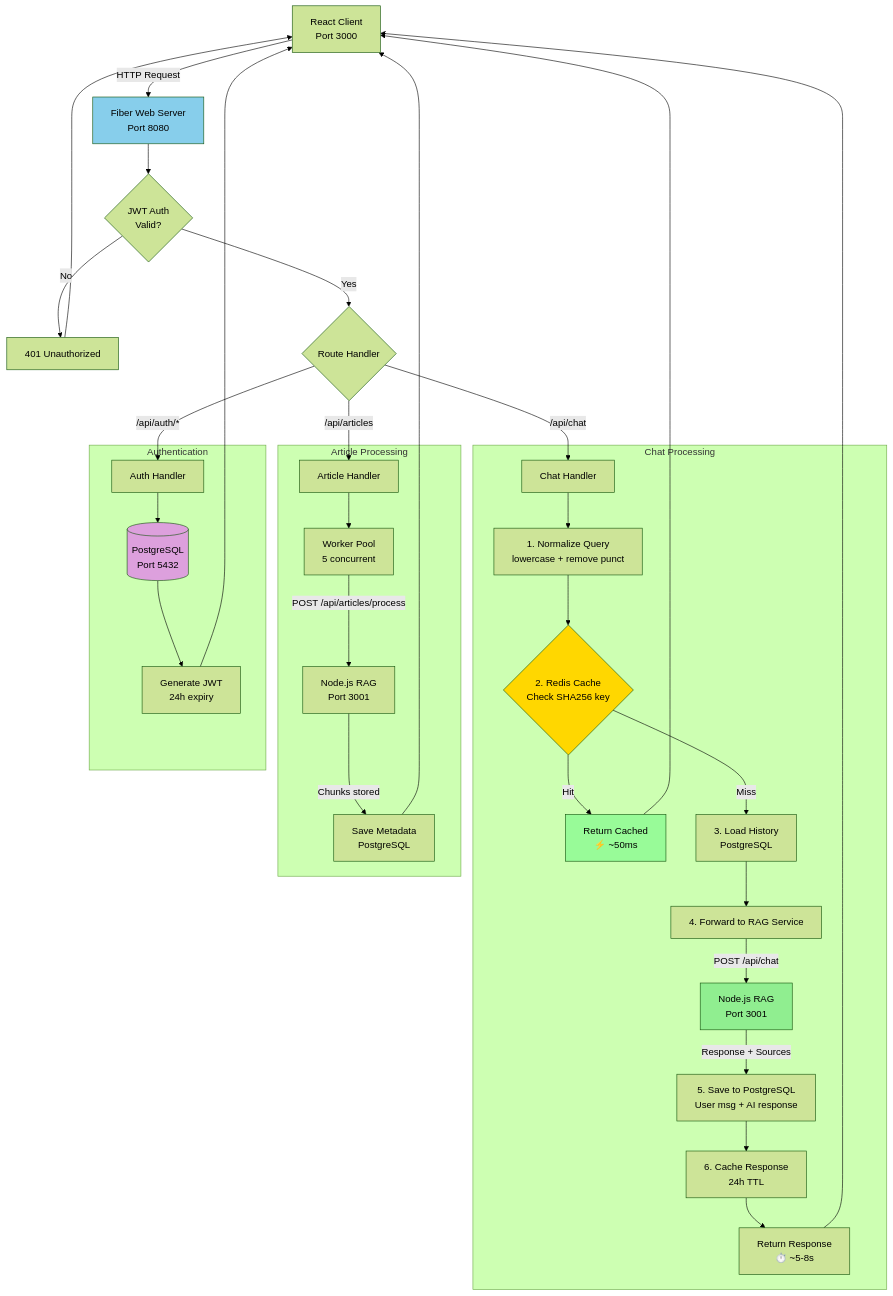
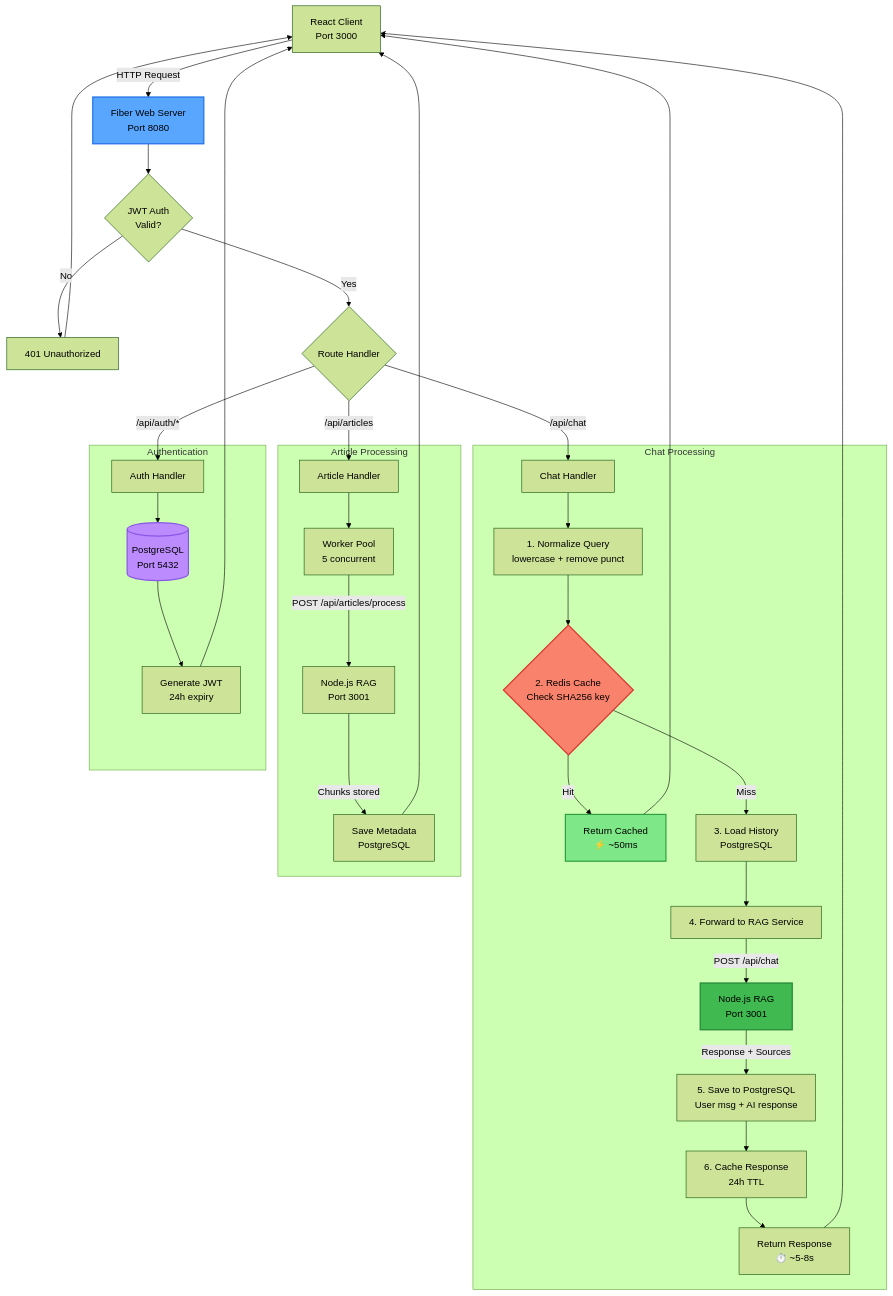
One commit to Danor93/Clarticle changed the diagram in server/README.md. Above: the diagram before and after it, drawn with Mermaid (forest theme). The commit also changed 3 other files, not shown here.

Commit message:
style: Update flowchart colors in README and fix bug related to claude api

````diff
--- a/server/README.md
+++ b/server/README.md
@@ -16,47 +16,47 @@
 ```mermaid
 flowchart TB
     CLIENT[React Client<br/>Port 3000] --> |HTTP Request| FIBER[Fiber Web Server<br/>Port 8080]
 
     FIBER --> AUTH{JWT Auth<br/>Valid?}
     AUTH -->|No| ERR401[401 Unauthorized]
     AUTH -->|Yes| HANDLER{Route Handler}
 
     HANDLER -->|/api/chat| CHAT[Chat Handler]
     HANDLER -->|/api/articles| ARTICLE[Article Handler]
     HANDLER -->|/api/auth/*| AUTH_H[Auth Handler]
 
     subgraph "Chat Processing"
         CHAT --> NORM[1. Normalize Query<br/>lowercase + remove punct]
         NORM --> CACHE_CHECK{2. Redis Cache<br/>Check SHA256 key}
         CACHE_CHECK -->|Hit| RETURN_CACHE[Return Cached<br/>⚡ ~50ms]
         CACHE_CHECK -->|Miss| DB_LOAD[3. Load History<br/>PostgreSQL]
         DB_LOAD --> RAG_CALL[4. Forward to RAG Service]
         RAG_CALL --> |POST /api/chat| NODE[Node.js RAG<br/>Port 3001]
         NODE --> |Response + Sources| SAVE_DB[5. Save to PostgreSQL<br/>User msg + AI response]
         SAVE_DB --> SAVE_CACHE[6. Cache Response<br/>24h TTL]
         SAVE_CACHE --> RETURN_NEW[Return Response<br/>⏱️ ~5-8s]
     end
 
     subgraph "Article Processing"
         ARTICLE --> WORKERS[Worker Pool<br/>5 concurrent]
         WORKERS --> |POST /api/articles/process| NODE2[Node.js RAG<br/>Port 3001]
         NODE2 --> |Chunks stored| SAVE_META[Save Metadata<br/>PostgreSQL]
     end
 
     subgraph "Authentication"
         AUTH_H --> PG[(PostgreSQL<br/>Port 5432)]
         PG --> JWT_GEN[Generate JWT<br/>24h expiry]
     end
 
     RETURN_CACHE --> CLIENT
     RETURN_NEW --> CLIENT
     SAVE_META --> CLIENT
     JWT_GEN --> CLIENT
     ERR401 --> CLIENT
 
-    style FIBER fill:#87CEEB
-    style CACHE_CHECK fill:#FFD700
-    style NODE fill:#90EE90
-    style PG fill:#DDA0DD
-    style RETURN_CACHE fill:#98FB98
+    style FIBER fill:#58a6ff,stroke:#1f6feb,stroke-width:2px,color:#000
+    style CACHE_CHECK fill:#f9826c,stroke:#da3633,stroke-width:2px,color:#000
+    style NODE fill:#3fb950,stroke:#238636,stroke-width:2px,color:#000
+    style PG fill:#bc8cff,stroke:#8957e5,stroke-width:2px,color:#000
+    style RETURN_CACHE fill:#7ee787,stroke:#2ea043,stroke-width:2px,color:#000
 ```
````
